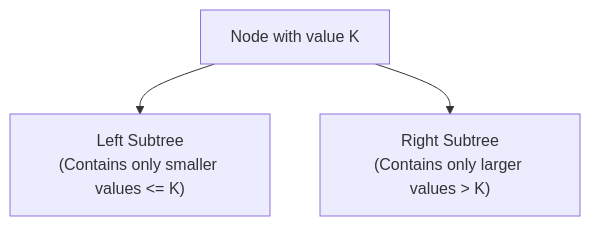
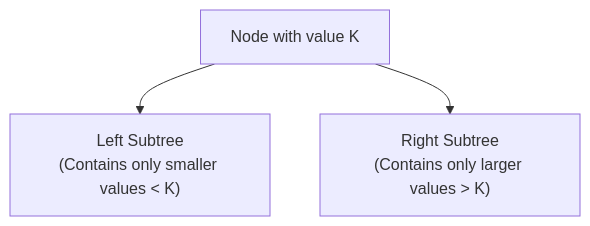
Before and after one commit to kapil31jangid/Data-Structures-Sem3: the diagram in Unit-4-Trees/07-binary-search-tree.md, drawn with Mermaid. The commit also changed other lines of this file and 4 other files, not shown here.

````diff
--- a/Unit-4-Trees/07-binary-search-tree.md
+++ b/Unit-4-Trees/07-binary-search-tree.md
@@ -23,8 +23,8 @@
 ```mermaid
 graph TD
     Root["Node with value K"]
-    L["Left Subtree\n(Contains only smaller values <= K)"]
+    L["Left Subtree\n(Contains only smaller values < K)"]
     R["Right Subtree\n(Contains only larger values > K)"]
     Root --> L
     Root --> R
 ```
````
